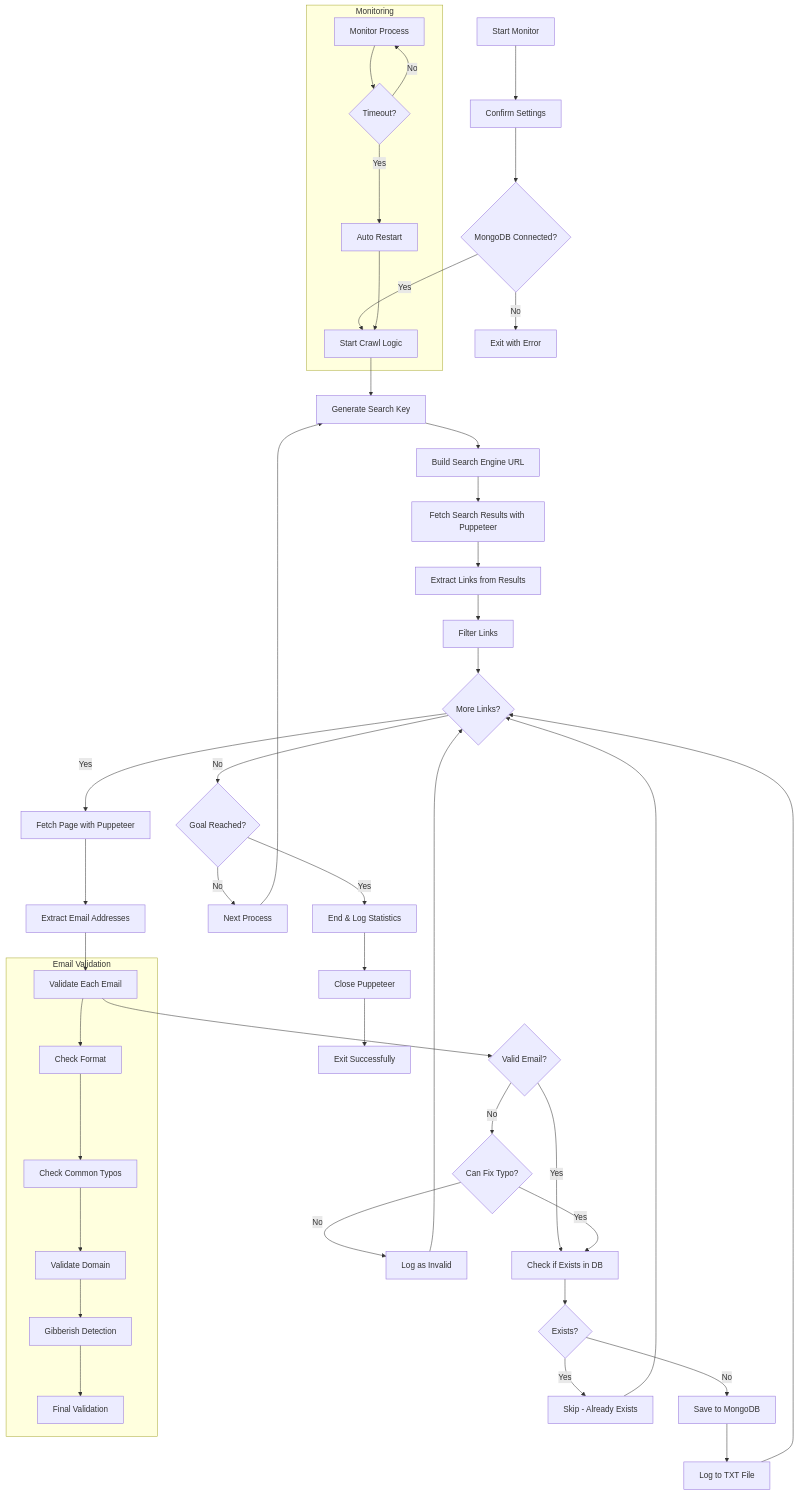
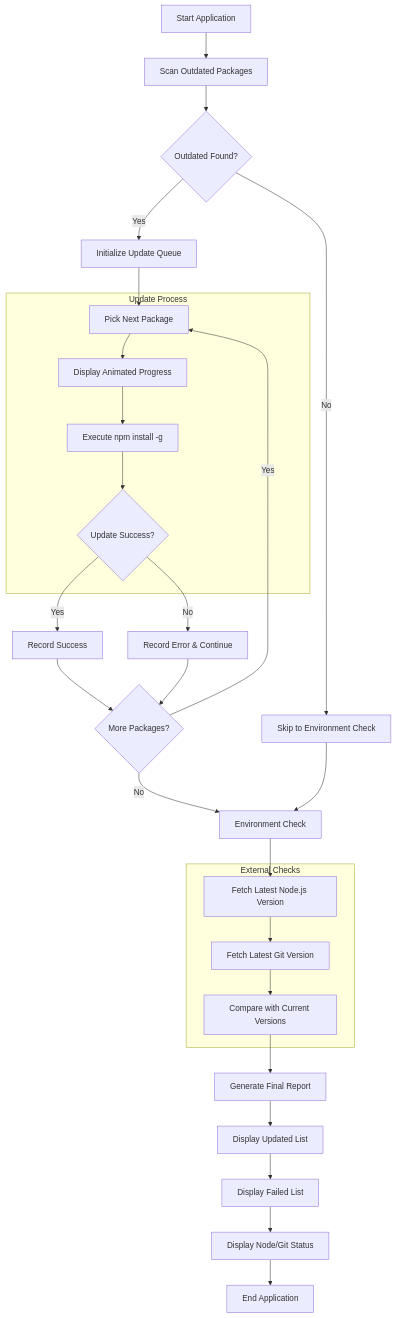
Before and after one commit to orassayag/global-package-updater: the diagram in README.md, drawn with Mermaid. The commit also changed other lines of this file and 15 other files, not shown here.

````diff
--- a/README.md
+++ b/README.md
@@ -172,59 +127,46 @@
 ```mermaid
 graph TB
-    A[Start Monitor] --> B[Confirm Settings]
-    B --> C{MongoDB Connected?}
-    C -->|No| D[Exit with Error]
-    C -->|Yes| E[Start Crawl Logic]
+    A[Start Application] --> B[Scan Outdated Packages]
+    B --> C{Outdated Found?}
 
-    E --> F[Generate Search Key]
-    F --> G[Build Search Engine URL]
-    G --> H[Fetch Search Results with Puppeteer]
+    C -->|No| D[Skip to Environment Check]
+    C -->|Yes| E[Initialize Update Queue]
 
-    H --> I[Extract Links from Results]
-    I --> J[Filter Links]
-    J --> K{More Links?}
+    E --> F[Pick Next Package]
+    F --> G[Display Animated Progress]
+    G --> H[Execute npm install -g]
 
-    K -->|Yes| L[Fetch Page with Puppeteer]
-    L --> M[Extract Email Addresses]
-    M --> N[Validate Each Email]
+    H --> I{Update Success?}
+    I -->|Yes| J[Record Success]
+    I -->|No| K[Record Error & Continue]
 
-    N --> O{Valid Email?}
-    O -->|Yes| P[Check if Exists in DB]
-    O -->|No| Q{Can Fix Typo?}
+    J --> L{More Packages?}
+    K --> L
 
-    Q -->|Yes| P
-    Q -->|No| R[Log as Invalid]
+    L -->|Yes| F
+    L -->|No| M[Environment Check]
 
-    P --> S{Exists?}
-    S -->|No| T[Save to MongoDB]
-    S -->|Yes| U[Skip - Already Exists]
+    D --> M
+    M --> N[Fetch Latest Node.js Version]
+    N --> O[Fetch Latest Git Version]
+    O --> P[Compare with Current Versions]
 
-    T --> V[Log to TXT File]
-    V --> K
-    U --> K
-    R --> K
+    P --> Q[Generate Final Report]
+    Q --> R[Display Updated List]
+    R --> S[Display Failed List]
+    S --> T[Display Node/Git Status]
+    T --> U[End Application]
 
-    K -->|No| W{Goal Reached?}
-    W -->|No| X[Next Process]
-    W -->|Yes| Y[End & Log Statistics]
-
-    X --> F
-
-    Y --> Z[Close Puppeteer]
-    Z --> AA[Exit Successfully]
-
-    subgraph "Email Validation"
-        N --> N1[Check Format]
-        N1 --> N2[Check Common Typos]
-        N2 --> N3[Validate Domain]
-        N3 --> N4[Gibberish Detection]
-        N4 --> N5[Final Validation]
+    subgraph "Update Process"
+        F
+        G
+        H
+        I
     end
 
-    subgraph "Monitoring"
-        BB[Monitor Process] --> CC{Timeout?}
-        CC -->|Yes| DD[Auto Restart]
-        CC -->|No| BB
-        DD --> E
+    subgraph "External Checks"
+        N
+        O
+        P
     end
 ```
````
